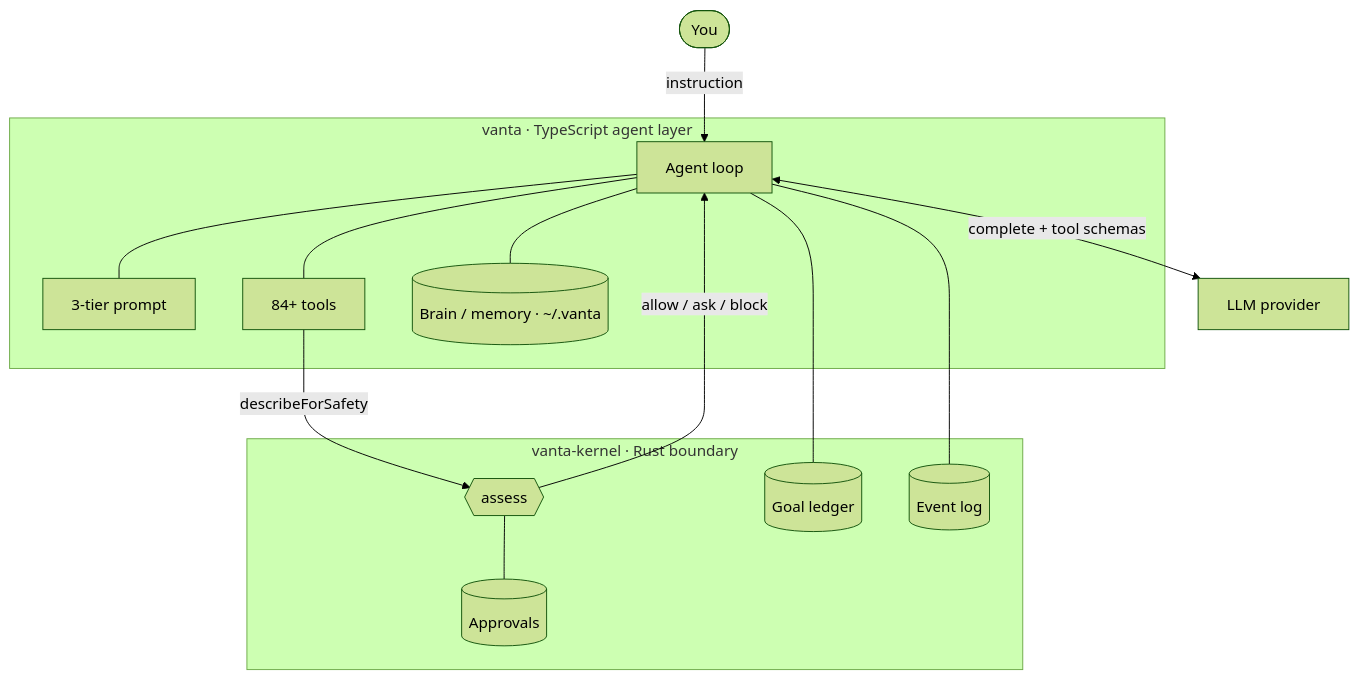
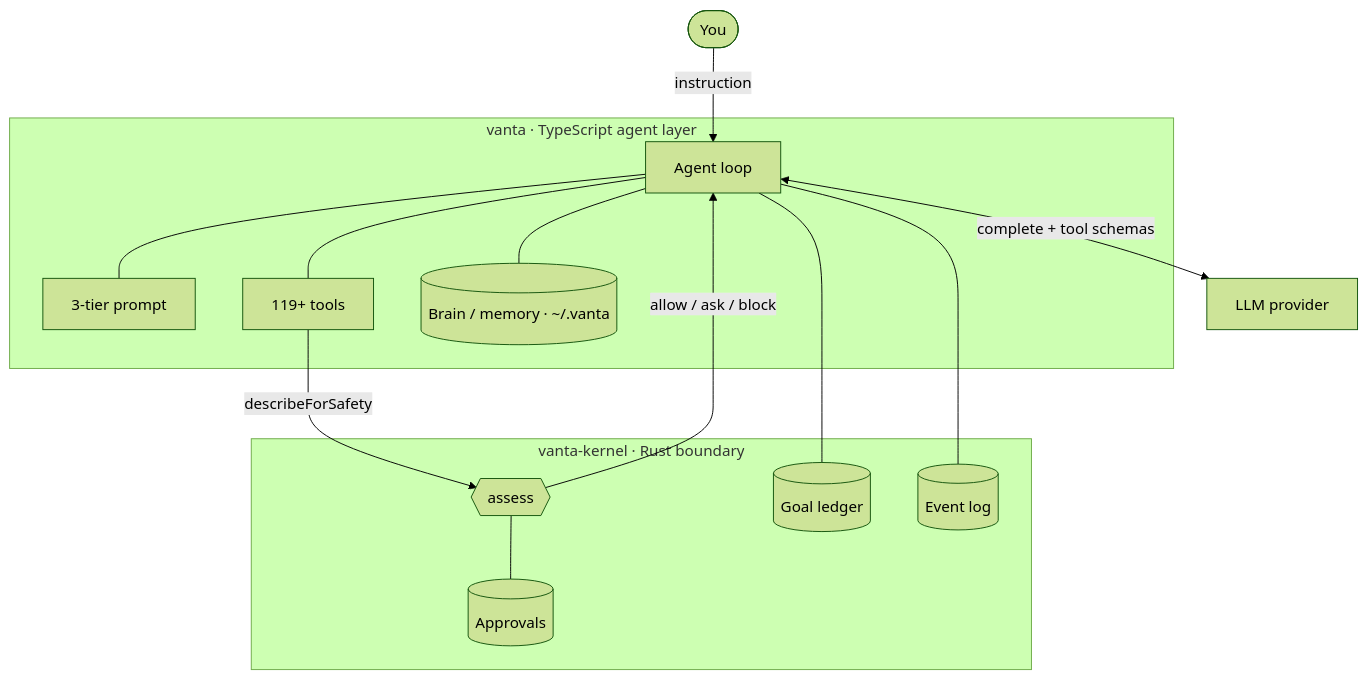
One commit to jpoindexter/Vanta changed the first of 5 diagrams in vanta-website/docs/how-it-works.md. Above: the diagram before and after it, drawn with Mermaid (forest theme). The commit also changed 6 other files, not shown here.

First line of the commit message:
docs(site): add 5 architecture mermaid diagrams + design polish

````diff
--- a/vanta-website/docs/how-it-works.md
+++ b/vanta-website/docs/how-it-works.md
@@ -13,26 +13,26 @@
 ```mermaid
 flowchart TB
   user([You]) -->|instruction| agent
   subgraph TS["vanta · TypeScript agent layer"]
     agent[Agent loop]
     prompt[3-tier prompt]
-    tools[84+ tools]
+    tools[119+ tools]
     brain[(Brain / memory · ~/.vanta)]
     agent --- prompt
     agent --- tools
     agent --- brain
   end
   subgraph RS["vanta-kernel · Rust boundary"]
     assess{{assess}}
     approvals[(Approvals)]
     goals[(Goal ledger)]
     events[(Event log)]
   end
   llm[LLM provider]
   agent <-->|complete + tool schemas| llm
   tools -->|describeForSafety| assess
   assess -->|allow / ask / block| agent
   assess --- approvals
   agent --- goals
   agent --- events
 ```
````
